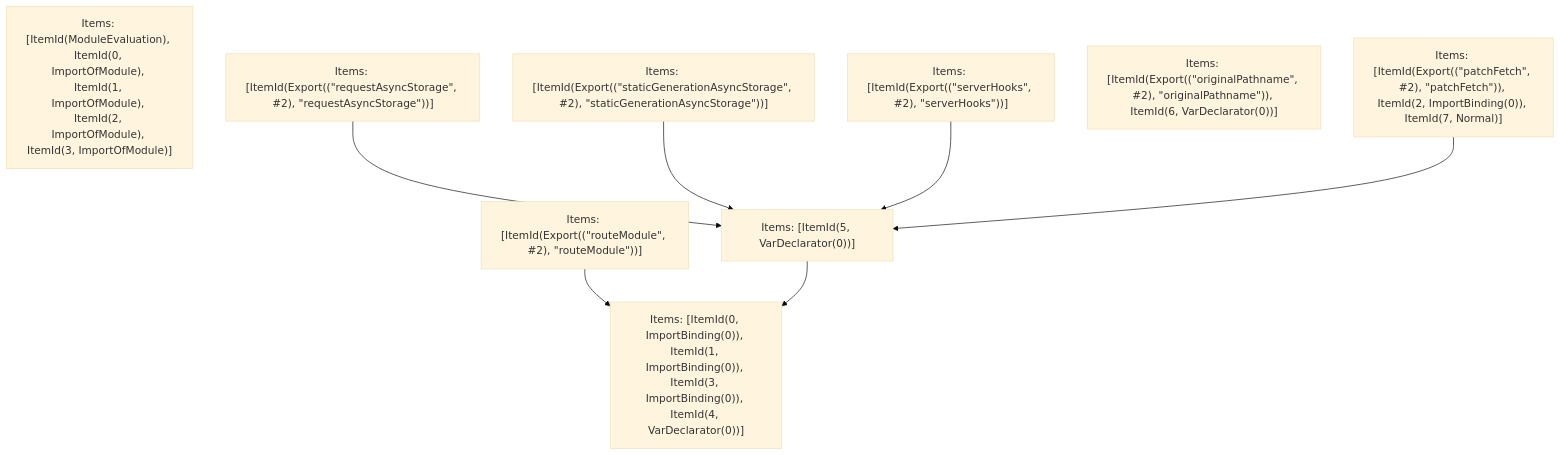
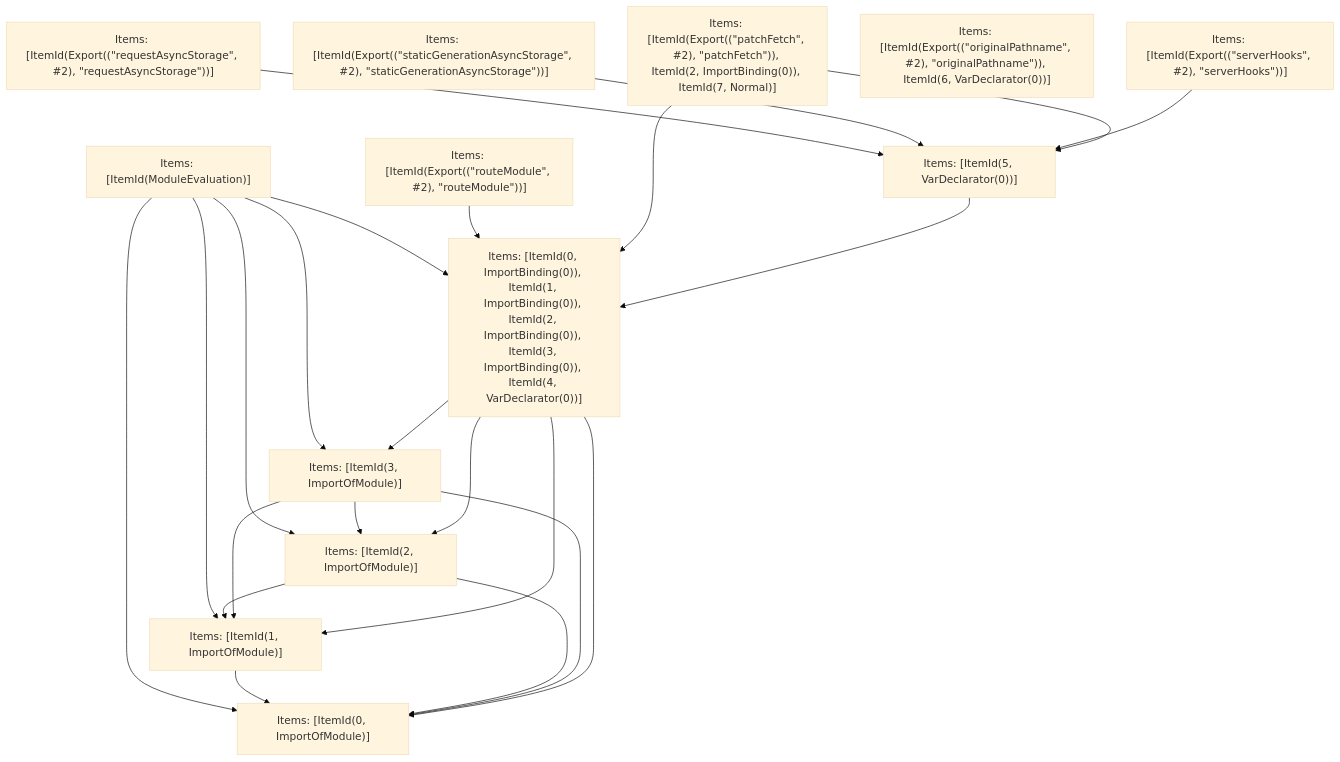
The fifth of 5 diagrams in crates/turbopack-ecmascript/tests/tree-shaker/analyzer/app-route/output.md (vercel/turborepo), drawn with Mermaid (base theme) before and after one commit. The commit also changed other lines of this file and 30 other files, not shown here.

````diff
--- a/crates/turbopack-ecmascript/tests/tree-shaker/analyzer/app-route/output.md
+++ b/crates/turbopack-ecmascript/tests/tree-shaker/analyzer/app-route/output.md
@@ -316,18 +333,38 @@
 ```mermaid
 graph TD
-    N0["Items: [ItemId(ModuleEvaluation), ItemId(0, ImportOfModule), ItemId(1, ImportOfModule), ItemId(2, ImportOfModule), ItemId(3, ImportOfModule)]"];
+    N0["Items: [ItemId(ModuleEvaluation)]"];
     N1["Items: [ItemId(Export((&quot;routeModule&quot;, #2), &quot;routeModule&quot;))]"];
     N2["Items: [ItemId(Export((&quot;requestAsyncStorage&quot;, #2), &quot;requestAsyncStorage&quot;))]"];
     N3["Items: [ItemId(Export((&quot;staticGenerationAsyncStorage&quot;, #2), &quot;staticGenerationAsyncStorage&quot;))]"];
     N4["Items: [ItemId(Export((&quot;serverHooks&quot;, #2), &quot;serverHooks&quot;))]"];
     N5["Items: [ItemId(Export((&quot;originalPathname&quot;, #2), &quot;originalPathname&quot;)), ItemId(6, VarDeclarator(0))]"];
     N6["Items: [ItemId(Export((&quot;patchFetch&quot;, #2), &quot;patchFetch&quot;)), ItemId(2, ImportBinding(0)), ItemId(7, Normal)]"];
-    N7["Items: [ItemId(0, ImportBinding(0)), ItemId(1, ImportBinding(0)), ItemId(3, ImportBinding(0)), ItemId(4, VarDeclarator(0))]"];
-    N8["Items: [ItemId(5, VarDeclarator(0))]"];
-    N1 --> N7;
-    N2 --> N8;
-    N3 --> N8;
-    N4 --> N8;
-    N6 --> N8;
+    N7["Items: [ItemId(0, ImportOfModule)]"];
+    N8["Items: [ItemId(1, ImportOfModule)]"];
+    N9["Items: [ItemId(2, ImportOfModule)]"];
+    N10["Items: [ItemId(3, ImportOfModule)]"];
+    N11["Items: [ItemId(0, ImportBinding(0)), ItemId(1, ImportBinding(0)), ItemId(2, ImportBinding(0)), ItemId(3, ImportBinding(0)), ItemId(4, VarDeclarator(0))]"];
+    N12["Items: [ItemId(5, VarDeclarator(0))]"];
+    N0 --> N7;
+    N0 --> N8;
+    N0 --> N9;
+    N0 --> N10;
+    N0 --> N11;
+    N1 --> N11;
+    N2 --> N12;
+    N3 --> N12;
+    N4 --> N12;
+    N6 --> N11;
+    N6 --> N12;
     N8 --> N7;
+    N9 --> N7;
+    N9 --> N8;
+    N10 --> N7;
+    N10 --> N8;
+    N10 --> N9;
+    N11 --> N7;
+    N11 --> N8;
+    N11 --> N9;
+    N11 --> N10;
+    N12 --> N11;
 ```
````
